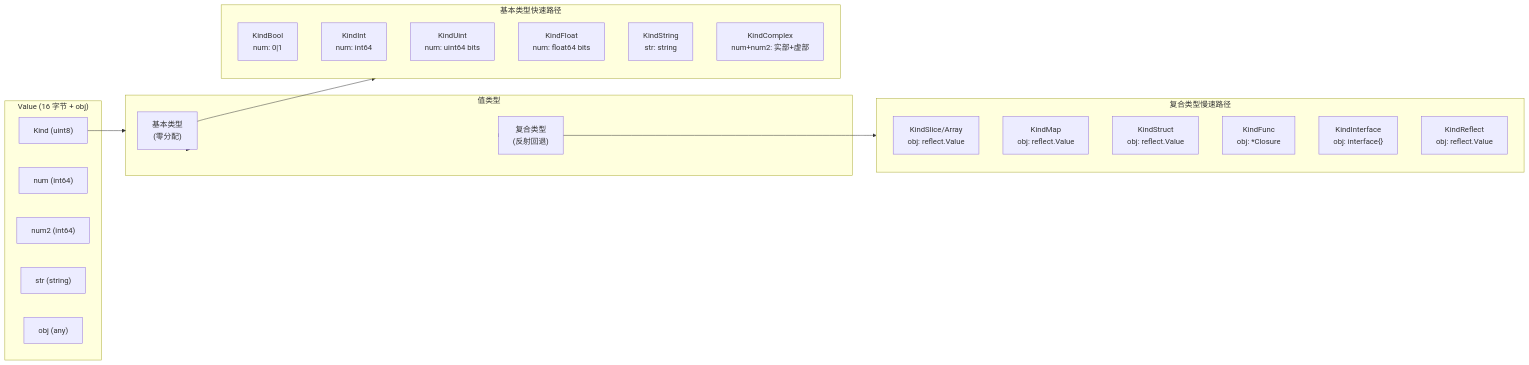
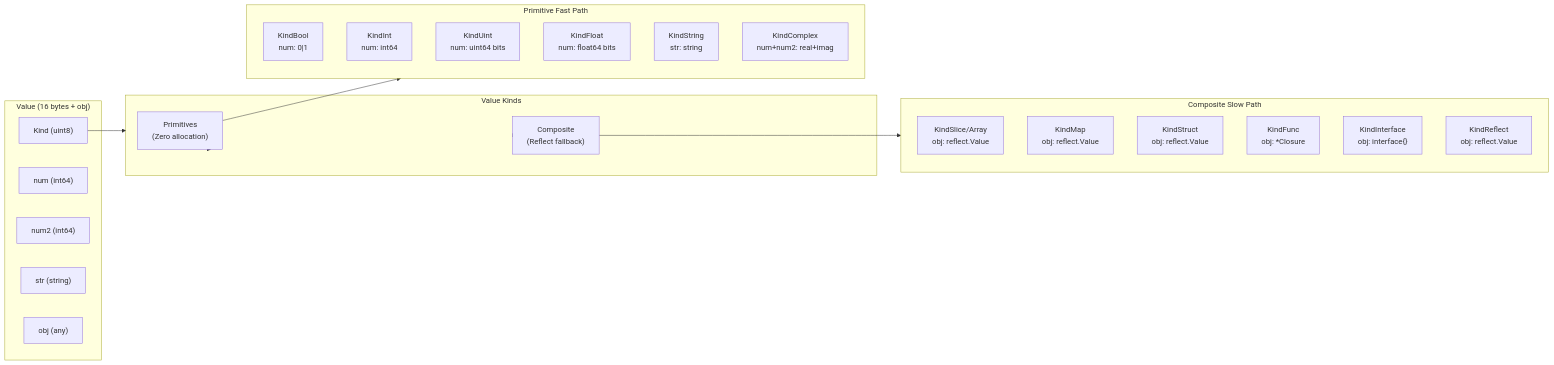
The sixth of 7 diagrams in README.md (t04dJ14n9/gig), drawn with Mermaid before and after one commit. The commit also changed other lines of this file and 2 other files, not shown here.

````diff
--- a/README.md
+++ b/README.md
@@ -613,39 +613,39 @@
 ```mermaid
 flowchart LR
-    subgraph Value["Value (16 字节 + obj)"]
+    subgraph Value["Value (16 bytes + obj)"]
         KIND["Kind (uint8)"]
         NUM["num (int64)"]
         NUM2["num2 (int64)"]
         STR["str (string)"]
         OBJ["obj (any)"]
     end
     
-    subgraph Kinds["值类型"]
-        PRIM["基本类型<br/>(零分配)"]
-        COMP["复合类型<br/>(反射回退)"]
+    subgraph Kinds["Value Kinds"]
+        PRIM["Primitives<br/>(Zero allocation)"]
+        COMP["Composite<br/>(Reflect fallback)"]
     end
     
-    subgraph Primitives["基本类型快速路径"]
+    subgraph Primitives["Primitive Fast Path"]
         BOOL["KindBool<br/>num: 0|1"]
         INT["KindInt<br/>num: int64"]
         UINT["KindUint<br/>num: uint64 bits"]
         FLOAT["KindFloat<br/>num: float64 bits"]
         STRV["KindString<br/>str: string"]
-        CPLX["KindComplex<br/>num+num2: 实部+虚部"]
+        CPLX["KindComplex<br/>num+num2: real+imag"]
     end
     
-    subgraph Composite["复合类型慢速路径"]
+    subgraph Composite["Composite Slow Path"]
         SLICE["KindSlice/Array<br/>obj: reflect.Value"]
         MAP["KindMap<br/>obj: reflect.Value"]
         STRUCT["KindStruct<br/>obj: reflect.Value"]
         FUNC["KindFunc<br/>obj: *Closure"]
         IFACE["KindInterface<br/>obj: interface{}"]
         REFLECT["KindReflect<br/>obj: reflect.Value"]
     end
     
     KIND --> Kinds
     Kinds --> PRIM
     Kinds --> COMP
     PRIM --> Primitives
     COMP --> Composite
 ```
````
